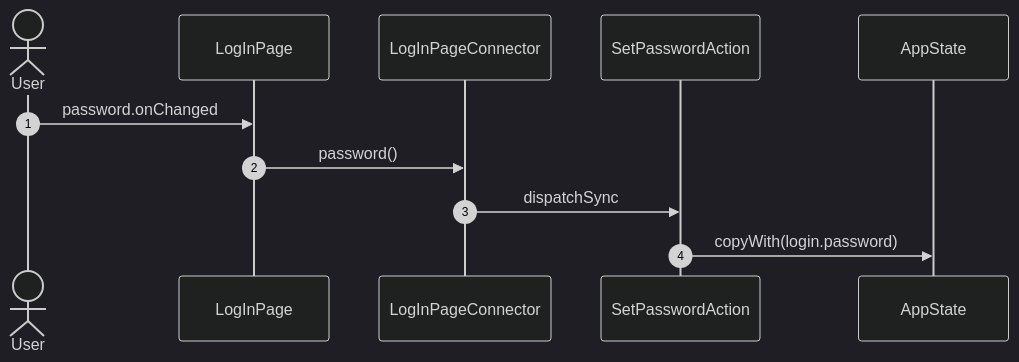
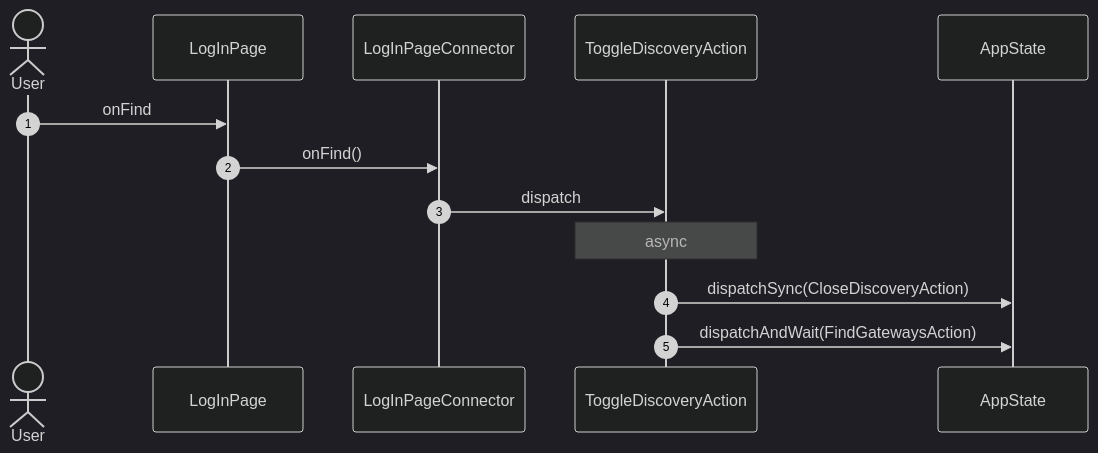
The sixth of 19 diagrams in studio/docs/flows/logIn.md (gencto/wyrm), drawn with Mermaid (dark theme) before and after one commit. The commit also changed other lines of this file and 90 other files, not shown here.

````diff
--- a/studio/docs/flows/logIn.md
+++ b/studio/docs/flows/logIn.md
@@ -60,14 +125,16 @@
 ```mermaid
 sequenceDiagram
     autonumber
     actor User
     participant UI as LogInPage
     participant VM as LogInPageConnector
-    participant A1 as SetPasswordAction
+    participant A1 as ToggleDiscoveryAction
     participant ST as AppState
 
-    User->>UI: password.onChanged
-    UI->>VM: password()
-    VM->>A1: dispatchSync
-    A1->>ST: copyWith(login.password)
+    User->>UI: onFind
+    UI->>VM: onFind()
+    VM->>A1: dispatch
+    Note over A1: async
+    A1->>ST: dispatchSync(CloseDiscoveryAction)
+    A1->>ST: dispatchAndWait(FindGatewaysAction)
 ```
````
